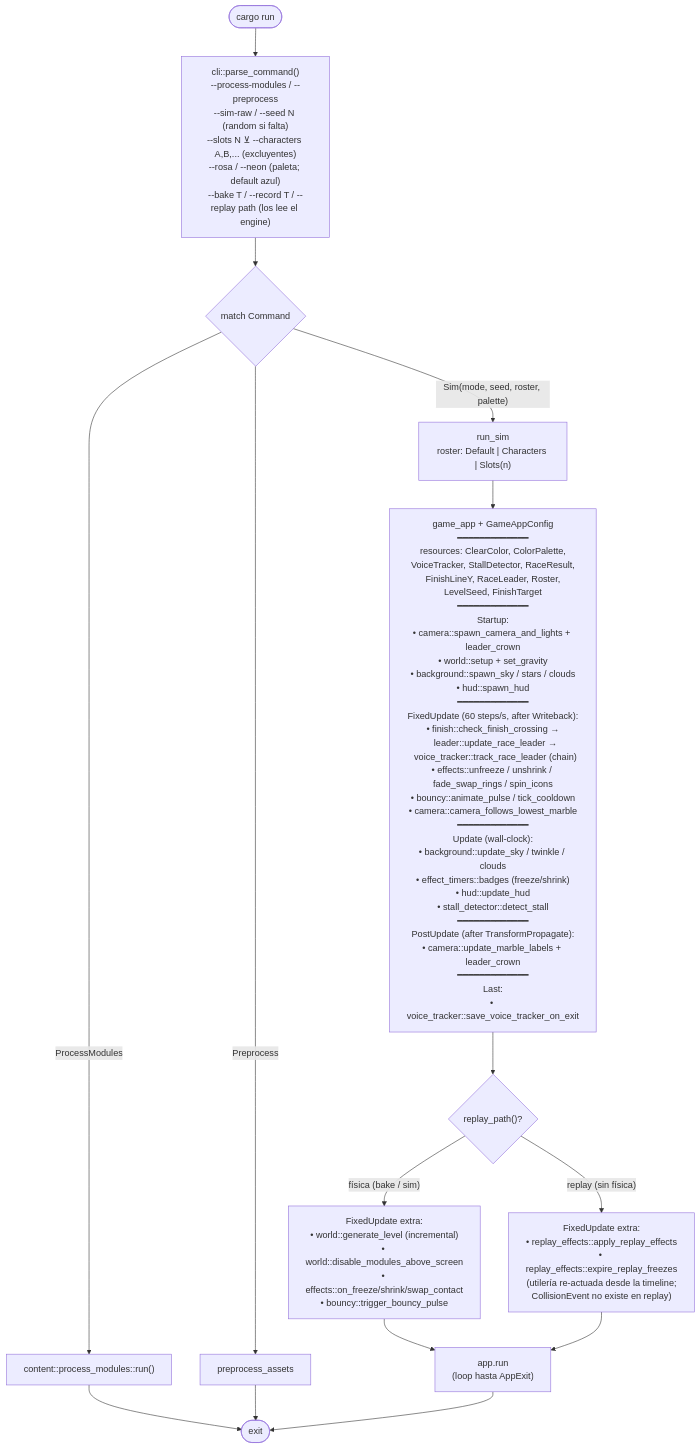
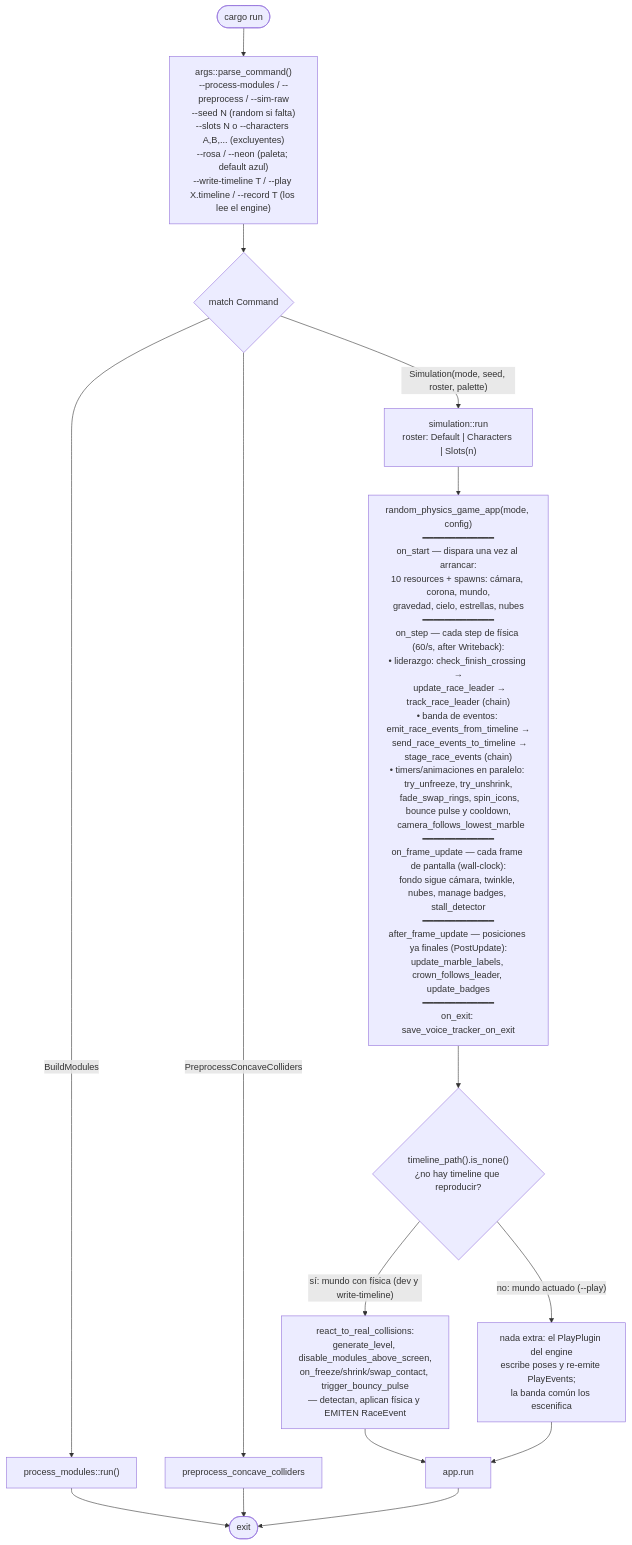
Before and after one commit to jesusgomeznuz/canicasbrawl-rapier: the first of 5 diagrams in docs/flow.md, drawn with Mermaid. The commit also changed other lines of this file, not shown here.

First line of the commit message:
docs: flow.md al día tras el overhaul — flags, fases, banda de eventos y árbol

````diff
--- a/docs/flow.md
+++ b/docs/flow.md
@@ -7,20 +7,20 @@
 ```mermaid
 flowchart TD
-    Start([cargo run]) --> Parse["cli::parse_command()<br/>--process-modules / --preprocess<br/>--sim-raw / --seed N (random si falta)<br/>--slots N ⊻ --characters A,B,... (excluyentes)<br/>--rosa / --neon (paleta; default azul)<br/>--bake T / --record T / --replay path (los lee el engine)"]
+    Start([cargo run]) --> Parse["args::parse_command()<br/>--process-modules / --preprocess / --sim-raw<br/>--seed N (random si falta)<br/>--slots N o --characters A,B,... (excluyentes)<br/>--rosa / --neon (paleta; default azul)<br/>--write-timeline T / --play X.timeline / --record T (los lee el engine)"]
     Parse --> Match{match Command}
-    Match -- ProcessModules --> Content["content::process_modules::run()"]
-    Match -- Preprocess --> Pre["preprocess_assets"]
-    Match -- "Sim(mode, seed, roster, palette)" --> Sim["run_sim<br/>roster: Default | Characters | Slots(n)"]
+    Match -- BuildModules --> Editor["process_modules::run()"]
+    Match -- PreprocessConcaveColliders --> Pre["preprocess_concave_colliders"]
+    Match -- "Simulation(mode, seed, roster, palette)" --> Run["simulation::run<br/>roster: Default | Characters | Slots(n)"]
 
-    Sim --> SimDetail["game_app + GameAppConfig<br/>━━━━━━━━━━━━━<br/>resources: ClearColor, ColorPalette,<br/>VoiceTracker, StallDetector, RaceResult,<br/>FinishLineY, RaceLeader, Roster,<br/>LevelSeed, FinishTarget<br/>━━━━━━━━━━━━━<br/>Startup:<br/>• camera::spawn_camera_and_lights + leader_crown<br/>• world::setup + set_gravity<br/>• background::spawn_sky / stars / clouds<br/>• hud::spawn_hud<br/>━━━━━━━━━━━━━<br/>FixedUpdate (60 steps/s, after Writeback):<br/>• finish::check_finish_crossing →<br/>&nbsp;&nbsp;leader::update_race_leader →<br/>&nbsp;&nbsp;voice_tracker::track_race_leader (chain)<br/>• effects::unfreeze / unshrink / fade_swap_rings / spin_icons<br/>• bouncy::animate_pulse / tick_cooldown<br/>• camera::camera_follows_lowest_marble<br/>━━━━━━━━━━━━━<br/>Update (wall-clock):<br/>• background::update_sky / twinkle / clouds<br/>• effect_timers::badges (freeze/shrink)<br/>• hud::update_hud<br/>• stall_detector::detect_stall<br/>━━━━━━━━━━━━━<br/>PostUpdate (after TransformPropagate):<br/>• camera::update_marble_labels + leader_crown<br/>━━━━━━━━━━━━━<br/>Last:<br/>• voice_tracker::save_voice_tracker_on_exit"]
+    Run --> Fases["random_physics_game_app(mode, config)<br/>━━━━━━━━━━━━━<br/>on_start — dispara una vez al arrancar:<br/>10 resources + spawns: cámara, corona, mundo,<br/>gravedad, cielo, estrellas, nubes<br/>━━━━━━━━━━━━━<br/>on_step — cada step de física (60/s, after Writeback):<br/>• liderazgo: check_finish_crossing →<br/>&nbsp;&nbsp;update_race_leader → track_race_leader (chain)<br/>• banda de eventos: emit_race_events_from_timeline →<br/>&nbsp;&nbsp;send_race_events_to_timeline → stage_race_events (chain)<br/>• timers/animaciones en paralelo: try_unfreeze, try_unshrink,<br/>&nbsp;&nbsp;fade_swap_rings, spin_icons, bounce pulse y cooldown,<br/>&nbsp;&nbsp;camera_follows_lowest_marble<br/>━━━━━━━━━━━━━<br/>on_frame_update — cada frame de pantalla (wall-clock):<br/>fondo sigue cámara, twinkle, nubes, manage badges, stall_detector<br/>━━━━━━━━━━━━━<br/>after_frame_update — posiciones ya finales (PostUpdate):<br/>update_marble_labels, crown_follows_leader, update_badges<br/>━━━━━━━━━━━━━<br/>on_exit: save_voice_tracker_on_exit"]
 
-    SimDetail --> Branch{"replay_path()?"}
-    Branch -- "física (bake / sim)" --> Fisica["FixedUpdate extra:<br/>• world::generate_level (incremental)<br/>• world::disable_modules_above_screen<br/>• effects::on_freeze/shrink/swap_contact<br/>• bouncy::trigger_bouncy_pulse"]
-    Branch -- "replay (sin física)" --> Replay["FixedUpdate extra:<br/>• replay_effects::apply_replay_effects<br/>• replay_effects::expire_replay_freezes<br/>(utilería re-actuada desde la timeline;<br/>CollisionEvent no existe en replay)"]
+    Fases --> If{"timeline_path().is_none()<br/>¿no hay timeline que reproducir?"}
+    If -- "sí: mundo con física (dev y write-timeline)" --> Fisica["react_to_real_collisions:<br/>generate_level, disable_modules_above_screen,<br/>on_freeze/shrink/swap_contact, trigger_bouncy_pulse<br/>— detectan, aplican física y EMITEN RaceEvent"]
+    If -- "no: mundo actuado (--play)" --> Play["nada extra: el PlayPlugin del engine<br/>escribe poses y re-emite PlayEvents;<br/>la banda común los escenifica"]
 
-    Content --> End([exit])
+    Editor --> End([exit])
     Pre --> End
-    Fisica --> Loop["app.run<br/>(loop hasta AppExit)"]
-    Replay --> Loop
+    Fisica --> Loop["app.run"]
+    Play --> Loop
     Loop --> End
 ```
````
